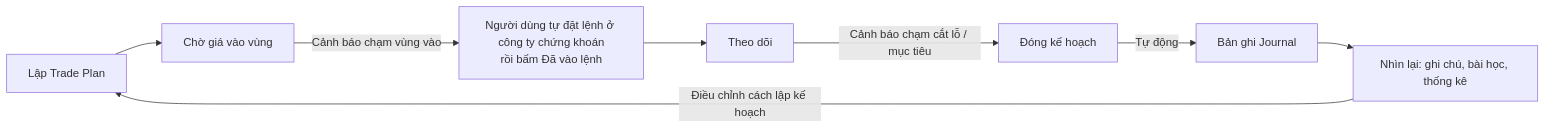
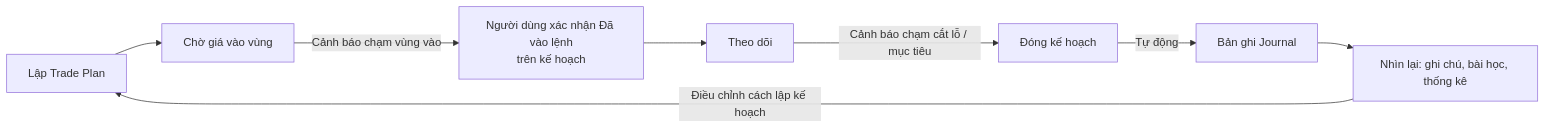
The first of 2 diagrams in Tài liệu chạy dự án/Tổng hợp/NghiepVu_TradePlan_Journal.md (TuanJS-TEC/StockSenseVN), drawn with Mermaid before and after one commit. The commit also changed other lines of this file, not shown here.

````diff
--- a/Tài liệu chạy dự án/Tổng hợp/NghiepVu_TradePlan_Journal.md
+++ b/Tài liệu chạy dự án/Tổng hợp/NghiepVu_TradePlan_Journal.md
@@ -17,10 +17,10 @@
 ```mermaid
 flowchart LR
   A[Lập Trade Plan] --> B[Chờ giá vào vùng]
-  B -->|Cảnh báo chạm vùng vào| C[Người dùng tự đặt lệnh ở công ty chứng khoán<br/>rồi bấm Đã vào lệnh]
+  B -->|Cảnh báo chạm vùng vào| C[Người dùng xác nhận Đã vào lệnh<br/>trên kế hoạch]
   C --> D[Theo dõi]
   D -->|Cảnh báo chạm cắt lỗ / mục tiêu| E[Đóng kế hoạch]
   E -->|Tự động| F[Bản ghi Journal]
   F --> G[Nhìn lại: ghi chú, bài học, thống kê]
   G -->|Điều chỉnh cách lập kế hoạch| A
 ```
````
